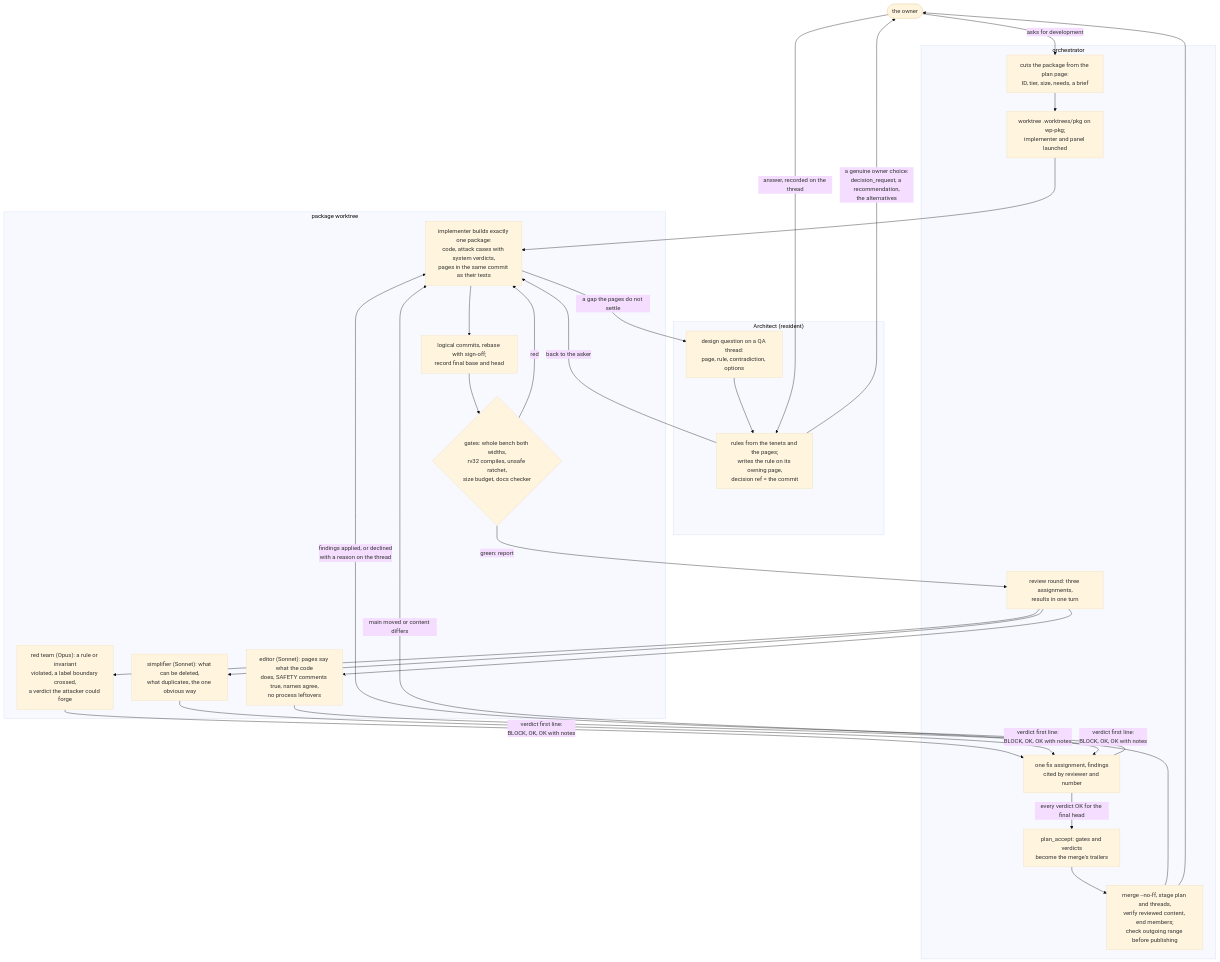
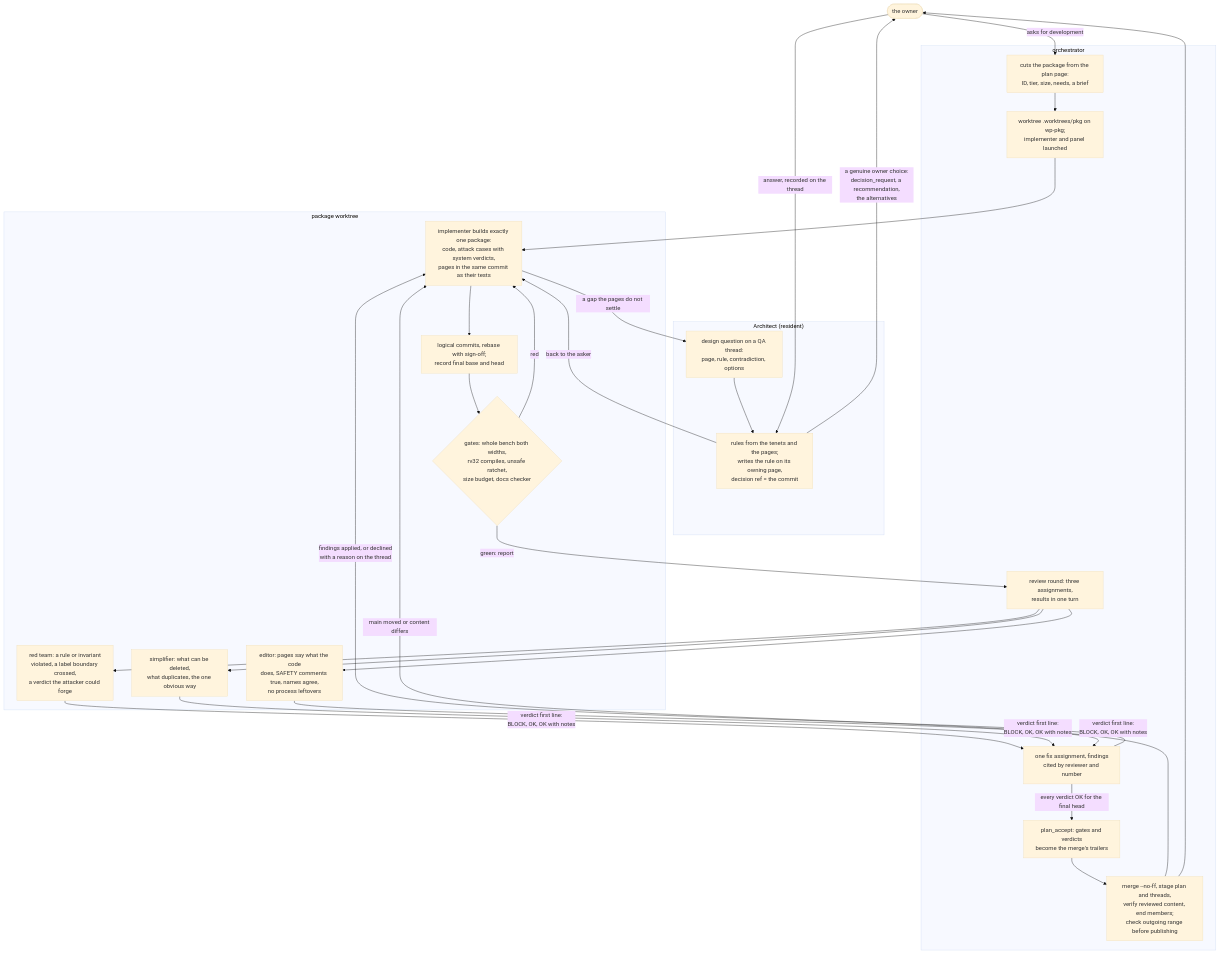
Before and after one commit to sirmick/redoubt: the diagram in .wash/SWARM.md, drawn with Mermaid (base theme). The commit also changed other lines of this file and 2 other files, not shown here.

````diff
--- a/.wash/SWARM.md
+++ b/.wash/SWARM.md
@@ -245,41 +253,41 @@
 ```mermaid
 flowchart TB
     OWNER(["the owner"])
     subgraph ORCH["orchestrator"]
         CUT["cuts the package from the plan page:\nID, tier, size, needs, a brief"]
         WT["worktree .worktrees/pkg on wp-pkg;\nimplementer and panel launched"]
         ROUND["review round: three assignments,\nresults in one turn"]
         FIX["one fix assignment, findings\ncited by reviewer and number"]
         ACCEPT["plan_accept: gates and verdicts\nbecome the merge's trailers"]
         MERGE["merge --no-ff, stage plan and threads,\nverify reviewed content, end members;\ncheck outgoing range before publishing"]
     end
     subgraph ARCH["Architect (resident)"]
         DESIGN["design question on a QA thread:\npage, rule, contradiction, options"]
         RULE["rules from the tenets and the pages;\nwrites the rule on its owning page,\ndecision ref = the commit"]
     end
     subgraph PKG["package worktree"]
         IMPL["implementer builds exactly one package:\ncode, attack cases with system verdicts,\npages in the same commit as their tests"]
         GATES{"gates: whole bench both widths,\nrv32 compiles, unsafe ratchet,\nsize budget, docs checker"}
-        RED["red team (Opus): a rule or invariant\nviolated, a label boundary crossed,\na verdict the attacker could forge"]
-        SIMP["simplifier (Sonnet): what can be deleted,\nwhat duplicates, the one obvious way"]
-        ED["editor (Sonnet): pages say what the code\ndoes, SAFETY comments true, names agree,\nno process leftovers"]
+        RED["red team: a rule or invariant\nviolated, a label boundary crossed,\na verdict the attacker could forge"]
+        SIMP["simplifier: what can be deleted,\nwhat duplicates, the one obvious way"]
+        ED["editor: pages say what the code\ndoes, SAFETY comments true, names agree,\nno process leftovers"]
         FOLD["logical commits, rebase with sign-off;\nrecord final base and head"]
     end
     OWNER -- "asks for development" --> CUT
     CUT --> WT --> IMPL
     IMPL -- "a gap the pages do not settle" --> DESIGN
     DESIGN --> RULE
     RULE -- "a genuine owner choice:\ndecision_request, a recommendation,\nthe alternatives" --> OWNER
     OWNER -- "answer, recorded on the thread" --> RULE
     RULE -- "back to the asker" --> IMPL
     IMPL --> FOLD --> GATES
     GATES -- "red" --> IMPL
     GATES -- "green: report" --> ROUND
     ROUND --> RED & SIMP & ED
     RED & SIMP & ED -- "verdict first line:\nBLOCK, OK, OK with notes" --> FIX
     FIX -- "findings applied, or declined\nwith a reason on the thread" --> IMPL
     FIX -- "every verdict OK for the final head" --> ACCEPT
     ACCEPT --> MERGE
     MERGE -- "main moved or content differs" --> IMPL
     MERGE --> OWNER
 ```
````
